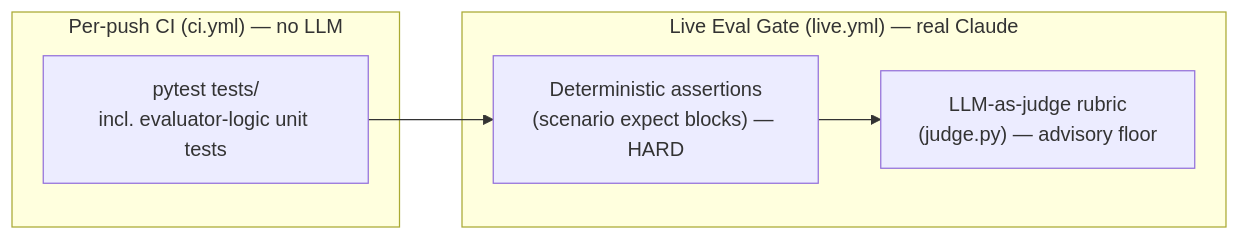
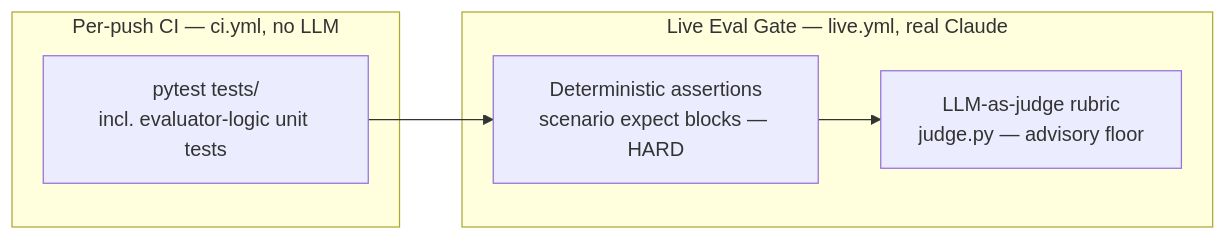
One commit to scopeta/futureself changed the sixth of 6 diagrams in ARCHITECTURE.md. Above: the diagram before and after it, drawn with Mermaid. The commit also changed other lines of this file, not shown here.

First line of the commit message:
docs: harden ARCHITECTURE.md mermaid for portable rendering

````diff
--- a/ARCHITECTURE.md
+++ b/ARCHITECTURE.md
@@ -291,11 +291,11 @@
 ```mermaid
 flowchart LR
-    subgraph Blocking["Per-push CI (ci.yml) — no LLM"]
+    subgraph Blocking["Per-push CI — ci.yml, no LLM"]
         U["pytest tests/<br/>incl. evaluator-logic unit tests"]
     end
-    subgraph LiveGate["Live Eval Gate (live.yml) — real Claude"]
-        D["Deterministic assertions<br/>(scenario expect blocks) — HARD"]
-        J["LLM-as-judge rubric<br/>(judge.py) — advisory floor"]
+    subgraph LiveGate["Live Eval Gate — live.yml, real Claude"]
+        D["Deterministic assertions<br/>scenario expect blocks — HARD"]
+        J["LLM-as-judge rubric<br/>judge.py — advisory floor"]
     end
     U --> D --> J
 ```
````
